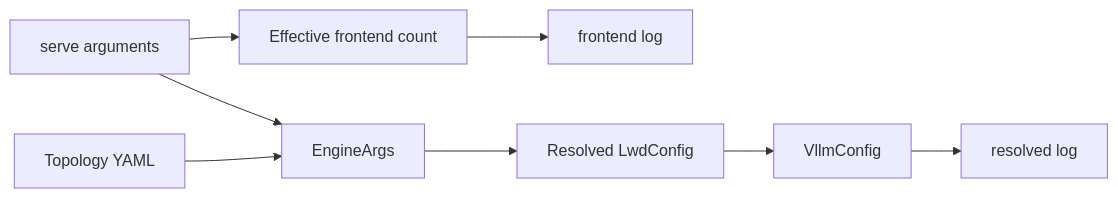
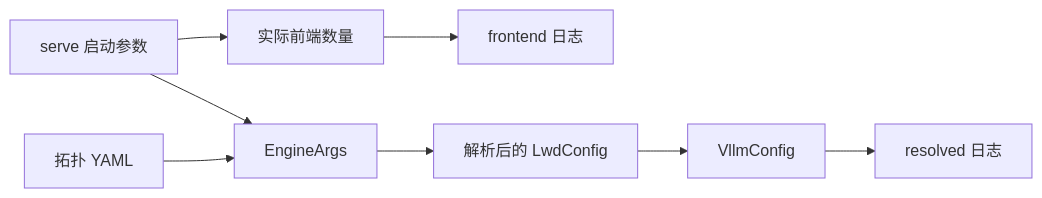
Before and after one commit to wgg123j/vllm-data-comm-wgh: the diagram in docs/design/lwd_config_logging.md, drawn with Mermaid. The commit also changed other lines of this file, not shown here.

Commit message:
docs(lwd): translate configuration logging guide into Chinese

````diff
--- a/docs/design/lwd_config_logging.md
+++ b/docs/design/lwd_config_logging.md
@@ -7,10 +7,10 @@
 ```mermaid
 flowchart LR
-    CLI[serve arguments] --> F[Effective frontend count]
-    F --> FL[frontend log]
+    CLI["serve 启动参数"] --> F["实际前端数量"]
+    F --> FL["frontend 日志"]
     CLI --> E[EngineArgs]
-    YAML[Topology YAML] --> E
-    E --> C[Resolved LwdConfig]
+    YAML["拓扑 YAML"] --> E
+    E --> C["解析后的 LwdConfig"]
     C --> V[VllmConfig]
-    V --> SL[resolved log]
+    V --> SL["resolved 日志"]
 ```
````
